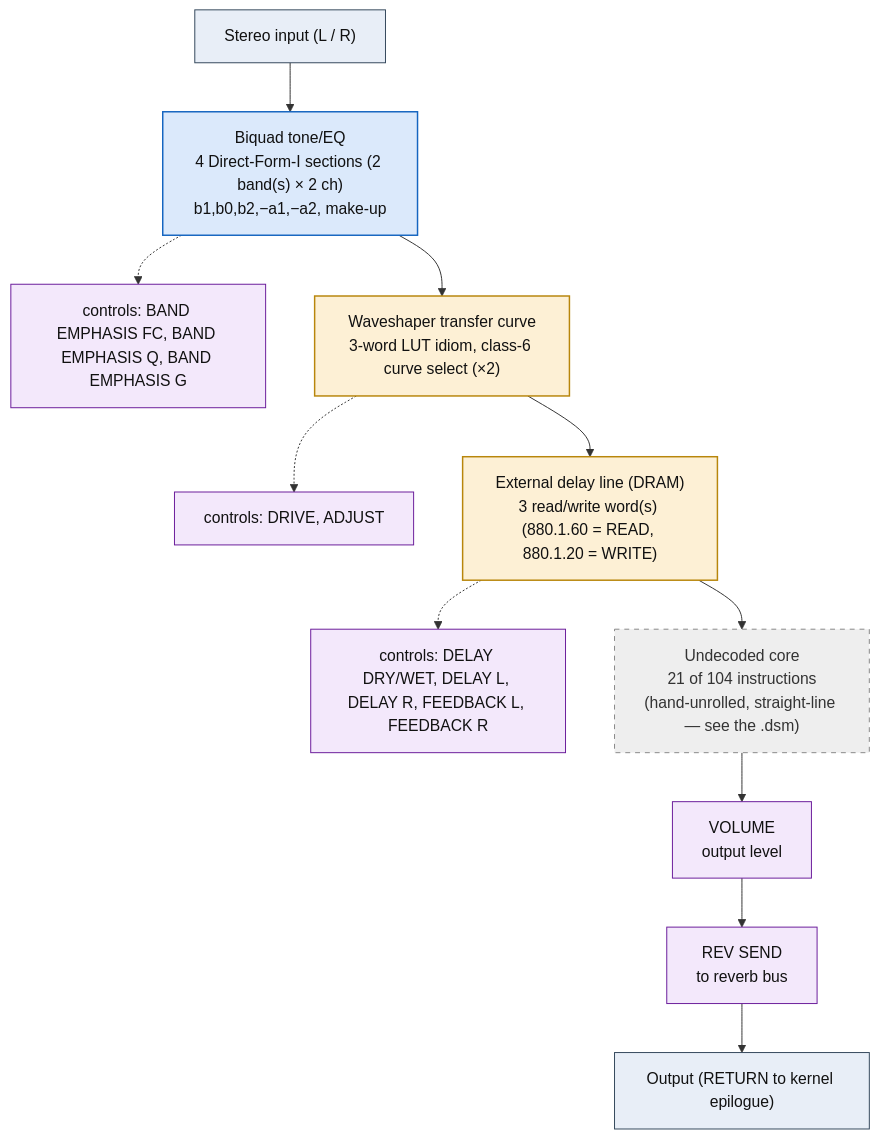
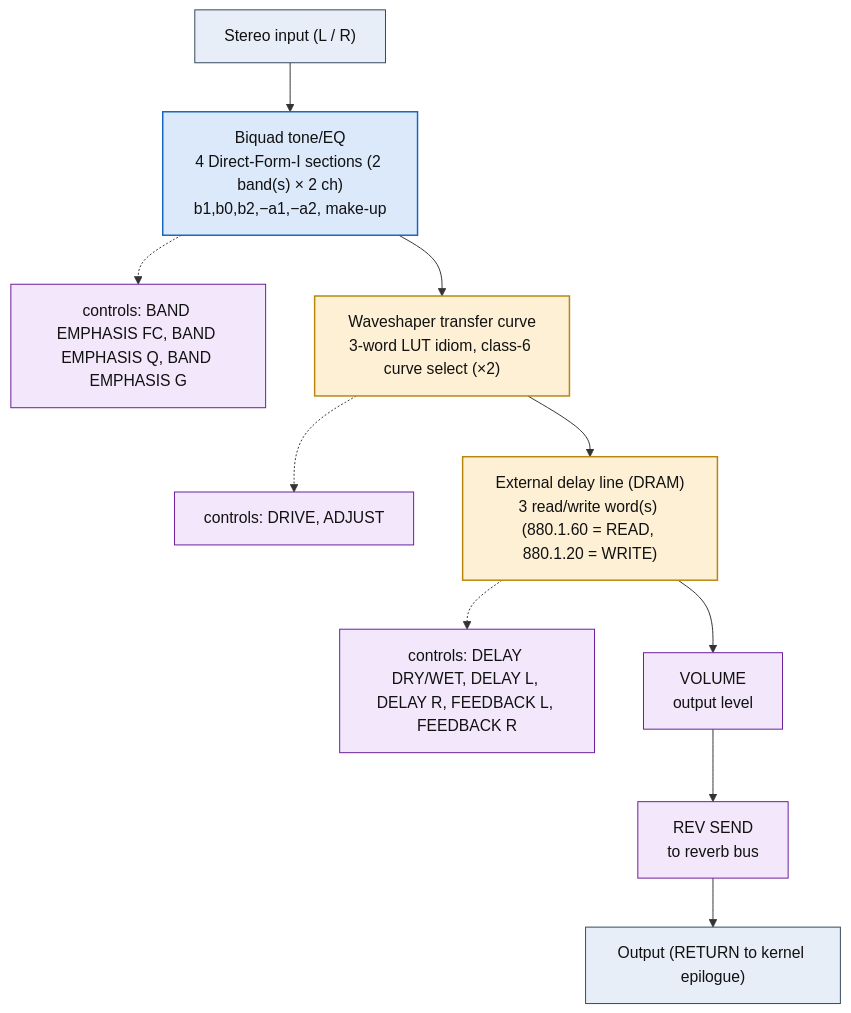
One commit to ArqueologiaDigital/kn5000-roms-disasm changed the diagram in dsp/flowcharts/prog99_peq_overdr_delay.md. Above: the diagram before and after it, drawn with Mermaid. The commit also changed other lines of this file and 39 other files, not shown here.

First line of the commit message:
dsp: annotate all flowcharts with the classic effect topology each shape matches

````diff
--- a/dsp/flowcharts/prog99_peq_overdr_delay.md
+++ b/dsp/flowcharts/prog99_peq_overdr_delay.md
@@ -12,36 +12,33 @@
 ```mermaid
 flowchart TD
     N0["Stereo input (L / R)"]
     N1["Biquad tone/EQ<br/>4 Direct-Form-I sections (2 band(s) &times; 2 ch)<br/>b1,b0,b2,&minus;a1,&minus;a2, make-up"]
     N0 --> N1
     N2["controls: BAND EMPHASIS FC, BAND EMPHASIS Q, BAND EMPHASIS G"]
     N1 -.-> N2
     N3["Waveshaper transfer curve<br/>3-word LUT idiom, class-6 curve select (&times;2)"]
     N1 --> N3
     N4["controls: DRIVE, ADJUST"]
     N3 -.-> N4
     N5["External delay line (DRAM)<br/>3 read/write word(s) (880.1.60 = READ, 880.1.20 = WRITE)"]
     N3 --> N5
     N6["controls: DELAY DRY/WET, DELAY L, DELAY R, FEEDBACK L, FEEDBACK R"]
     N5 -.-> N6
-    N7["Undecoded core<br/>21 of 104 instructions<br/>(hand-unrolled, straight-line &mdash; see the .dsm)"]
+    N7["VOLUME<br/>output level"]
     N5 --> N7
-    N8["VOLUME<br/>output level"]
+    N8["REV SEND<br/>to reverb bus"]
     N7 --> N8
-    N9["REV SEND<br/>to reverb bus"]
+    N9["Output (RETURN to kernel epilogue)"]
     N8 --> N9
-    N10["Output (RETURN to kernel epilogue)"]
-    N9 --> N10
 
     classDef io fill:#e8eef7,stroke:#33475b,stroke-width:1px,color:#111;
     classDef proven fill:#d7f0d7,stroke:#2e7d32,stroke-width:2px,color:#111;
     classDef measured fill:#dbe9fb,stroke:#1565c0,stroke-width:1.5px,color:#111;
     classDef inferred fill:#fdf0d5,stroke:#b8860b,stroke-width:1.5px,color:#111;
     classDef open fill:#eeeeee,stroke:#888,stroke-width:1px,color:#333,stroke-dasharray:5 5;
     classDef ctrl fill:#f3e8fb,stroke:#6a1b9a,stroke-width:1px,color:#111;
-    class N0,N10 io;
+    class N0,N9 io;
     class N1 measured;
-    class N2,N4,N6,N8,N9 ctrl;
+    class N2,N4,N6,N7,N8 ctrl;
     class N3,N5 inferred;
-    class N7 open;
 ```
````
